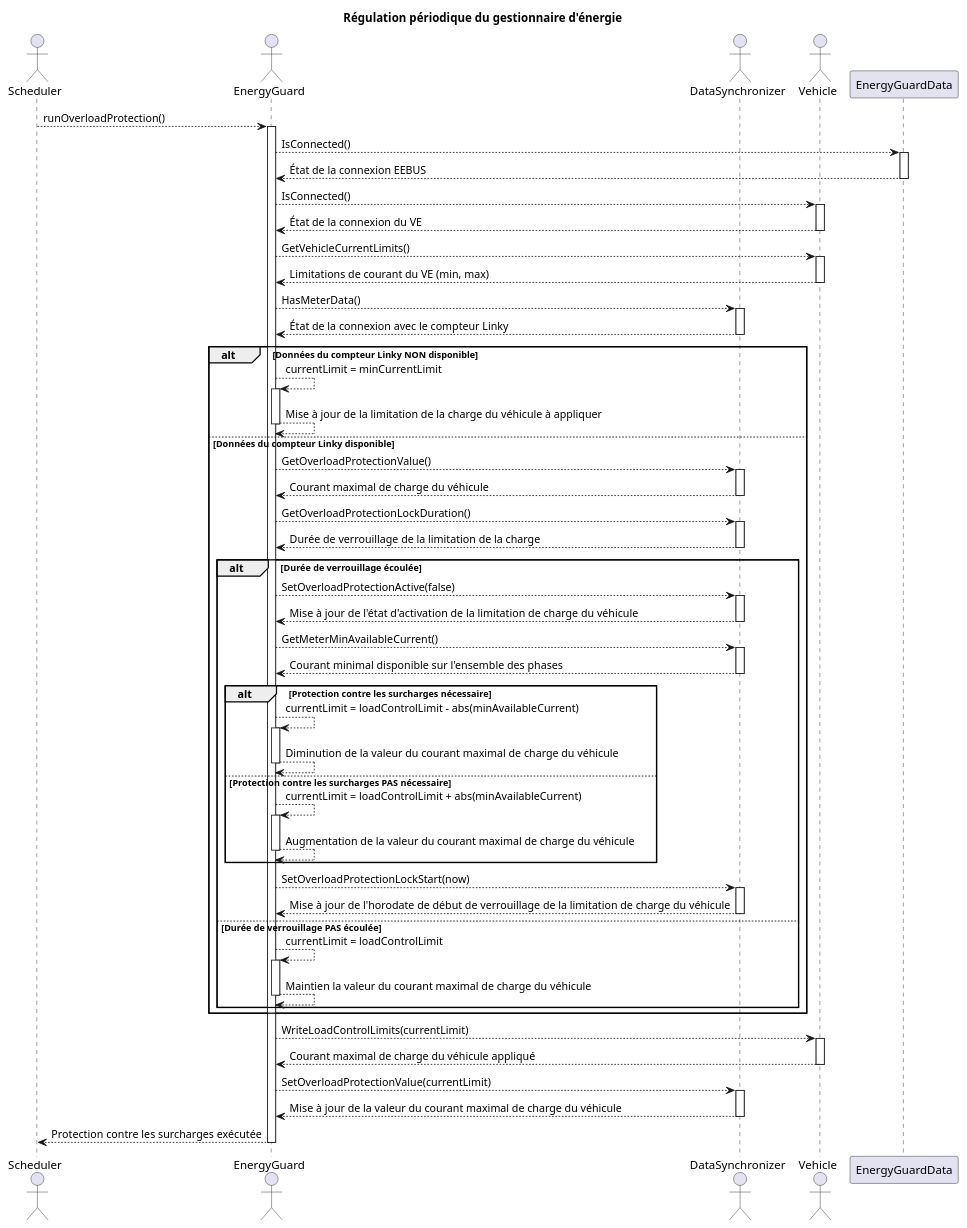
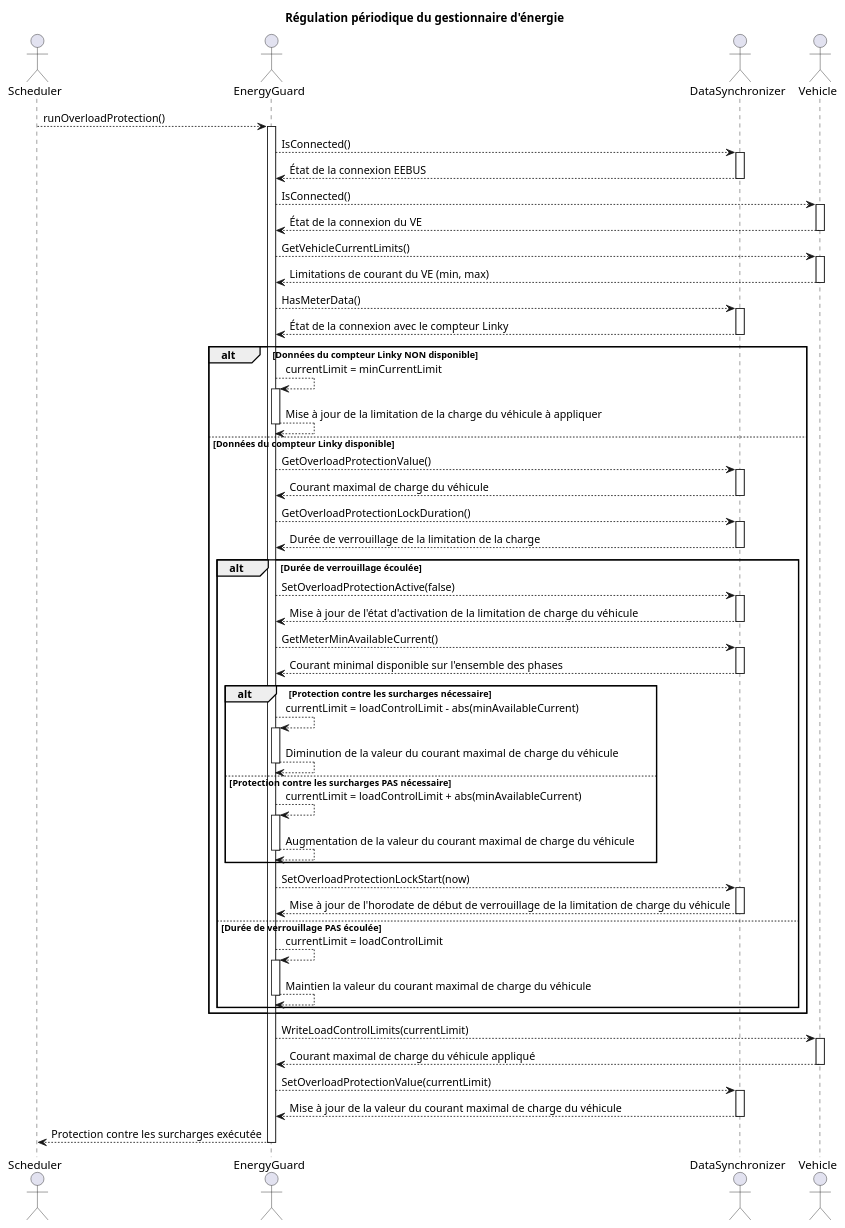
One commit to Enedis-OSS/tic4eebus changed diagram 14 of 15 in docs/docs/fr/architecture.md. Above: the diagram before and after it, drawn with PlantUML. The commit also changed other lines of this file, not shown here.

Commit message:
docs(architecture): Rewriting config component description and correcting periodic regulation sequence diagram

````diff
--- a/docs/docs/fr/architecture.md
+++ b/docs/docs/fr/architecture.md
@@ -1168,79 +1168,79 @@
 ```plantuml
 @startuml
 
 title Régulation périodique du gestionnaire d'énergie
 
 actor Scheduler
 actor EnergyGuard
 actor DataSynchronizer
 actor Vehicle
 
 Scheduler --> EnergyGuard ++ : runOverloadProtection()
 
-EnergyGuard --> EnergyGuardData ++ : IsConnected()
+EnergyGuard --> DataSynchronizer ++ : IsConnected()
 return État de la connexion EEBUS
 
 EnergyGuard --> Vehicle ++ : IsConnected()
 return État de la connexion du VE
 
 EnergyGuard --> Vehicle ++ : GetVehicleCurrentLimits()
 return Limitations de courant du VE (min, max)
 
 EnergyGuard --> DataSynchronizer ++ : HasMeterData()
 return État de la connexion avec le compteur Linky
 
 alt Données du compteur Linky NON disponible
 
   EnergyGuard --> EnergyGuard ++ : currentLimit = minCurrentLimit
   return Mise à jour de la limitation de la charge du véhicule à appliquer
 
 else Données du compteur Linky disponible
 
   EnergyGuard --> DataSynchronizer ++ : GetOverloadProtectionValue()
   return Courant maximal de charge du véhicule
 
   EnergyGuard --> DataSynchronizer ++ : GetOverloadProtectionLockDuration()
   return Durée de verrouillage de la limitation de la charge
 
   alt Durée de verrouillage écoulée
 
     EnergyGuard --> DataSynchronizer ++ : SetOverloadProtectionActive(false)
     return Mise à jour de l'état d'activation de la limitation de charge du véhicule
 
     EnergyGuard --> DataSynchronizer ++ : GetMeterMinAvailableCurrent()
     return Courant minimal disponible sur l'ensemble des phases
 
     alt Protection contre les surcharges nécessaire
 
       EnergyGuard --> EnergyGuard ++ : currentLimit = loadControlLimit - abs(minAvailableCurrent)
       return Diminution de la valeur du courant maximal de charge du véhicule
 
     else Protection contre les surcharges PAS nécessaire
 
       EnergyGuard --> EnergyGuard ++ : currentLimit = loadControlLimit + abs(minAvailableCurrent)
       return Augmentation de la valeur du courant maximal de charge du véhicule
 
     end
 
     EnergyGuard --> DataSynchronizer ++ : SetOverloadProtectionLockStart(now)
     return Mise à jour de l'horodate de début de verrouillage de la limitation de charge du véhicule
 
   else Durée de verrouillage PAS écoulée
 
     EnergyGuard --> EnergyGuard ++ : currentLimit = loadControlLimit
     return Maintien la valeur du courant maximal de charge du véhicule
 
   end
 
 end
 
 EnergyGuard --> Vehicle ++ : WriteLoadControlLimits(currentLimit)
 return Courant maximal de charge du véhicule appliqué
 
 EnergyGuard --> DataSynchronizer ++ : SetOverloadProtectionValue(currentLimit)
 return Mise à jour de la valeur du courant maximal de charge du véhicule
 
 return Protection contre les surcharges exécutée
 
 @enduml
 ```
````
